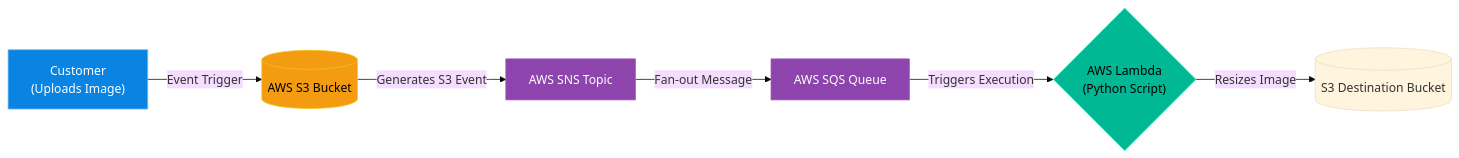
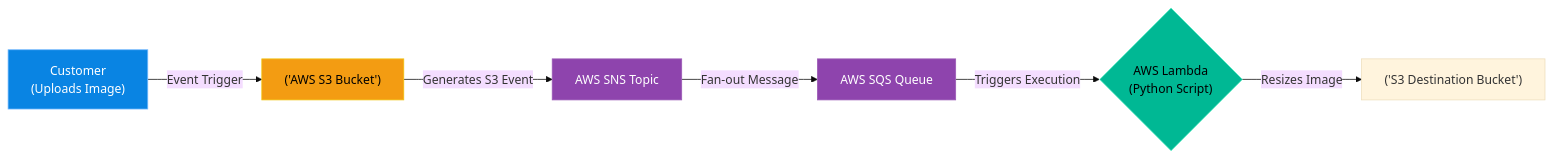
The diagram in volumes/volume-05-automation-cloud/chapters/V5-C01-serverless-architecture.md (laxya911/linux-support-engineer-master-handbook), drawn with Mermaid (base theme) before and after one commit. The commit also changed 101 other files, not shown here.

Commit message:
Fix mermaid syntax across all chapters

````diff
--- a/volumes/volume-05-automation-cloud/chapters/V5-C01-serverless-architecture.md
+++ b/volumes/volume-05-automation-cloud/chapters/V5-C01-serverless-architecture.md
@@ -42,17 +42,17 @@
 ```mermaid
 flowchart LR
-    A["Customer \n (Uploads Image)"] -->|Event Trigger| B[(AWS S3 Bucket)]
+    A["Customer \n (Uploads Image)"] -->|"Event Trigger"| B["('AWS S3 Bucket')"]
     
-    B -->|Generates S3 Event| C[AWS SNS Topic]
-    C -->|Fan-out Message| D[AWS SQS Queue]
+    B -->|"Generates S3 Event"| C["AWS SNS Topic"]
+    C -->|"Fan-out Message"| D["AWS SQS Queue"]
     
-    D -->|Triggers Execution| E{"AWS Lambda \n (Python Script)"}
+    D -->|"Triggers Execution"| E{"AWS Lambda \n (Python Script)"}
     
-    E -->|Resizes Image| F[(S3 Destination Bucket)]
+    E -->|"Resizes Image"| F["('S3 Destination Bucket')"]
     
     style A fill:#0984e3,stroke:#74b9ff,color:#fff
     style B fill:#f39c12,stroke:#f1c40f,color:#000
     style C fill:#8e44ad,stroke:#9b59b6,color:#fff
     style D fill:#8e44ad,stroke:#9b59b6,color:#fff
     style E fill:#00b894,stroke:#55efc4,color:#000
 ```
````
